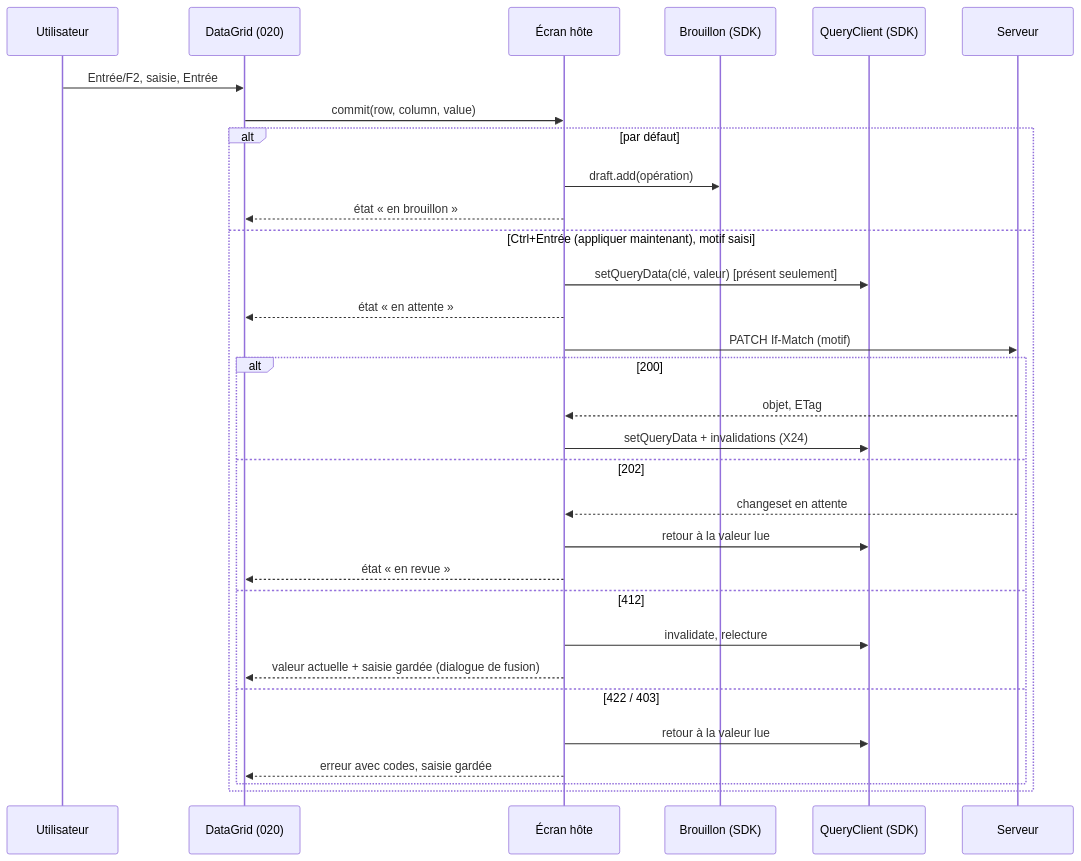
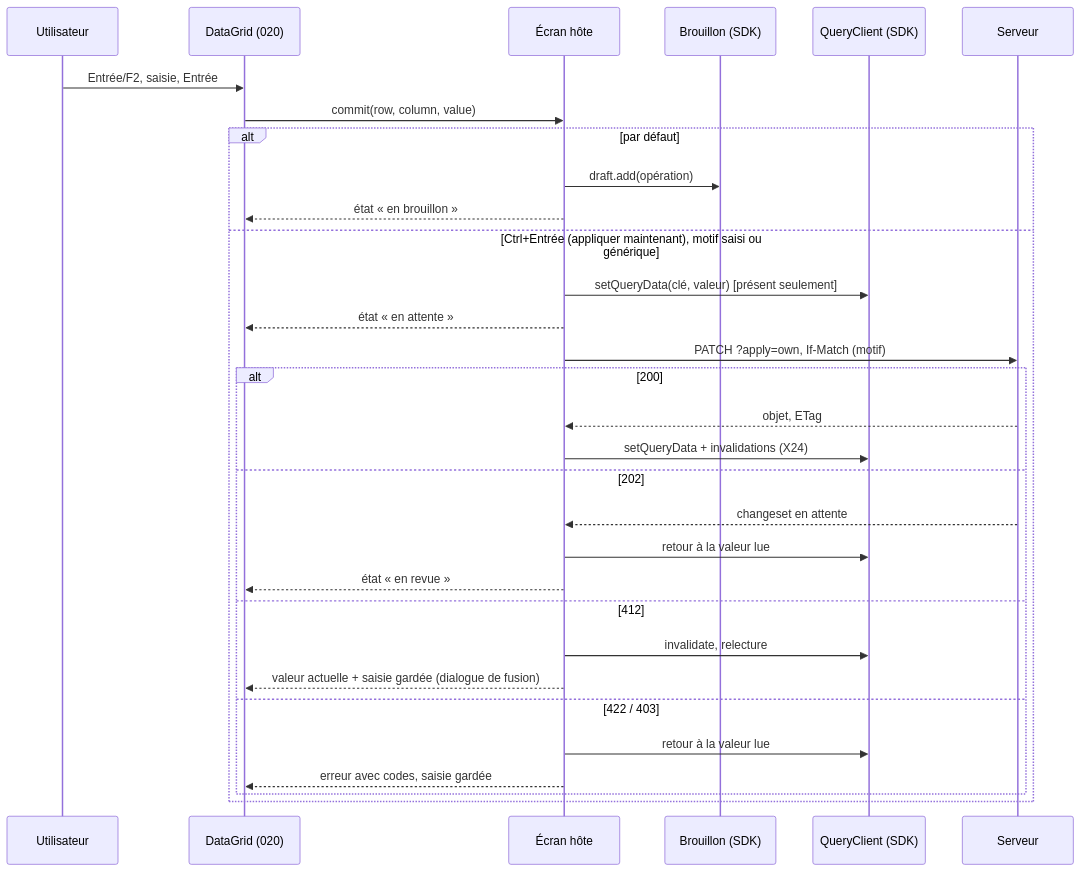
The second of 2 diagrams in specs/021-shell-v2/design.md (Cavernum/kartenn), drawn with Mermaid before and after one commit. The commit also changed other lines of this file and 8 other files, not shown here.

````diff
--- a/specs/021-shell-v2/design.md
+++ b/specs/021-shell-v2/design.md
@@ -244,33 +290,33 @@
 ```mermaid
 sequenceDiagram
   participant U as Utilisateur
   participant G as DataGrid (020)
   participant H as Écran hôte
   participant D as Brouillon (SDK)
   participant Q as QueryClient (SDK)
   participant S as Serveur
   U->>G: Entrée/F2, saisie, Entrée
   G->>H: commit(row, column, value)
   alt par défaut
     H->>D: draft.add(opération)
     H-->>G: état « en brouillon »
-  else Ctrl+Entrée (appliquer maintenant), motif saisi
+  else Ctrl+Entrée (appliquer maintenant), motif saisi ou générique
     H->>Q: setQueryData(clé, valeur) [présent seulement]
     H-->>G: état « en attente »
-    H->>S: PATCH If-Match (motif)
+    H->>S: PATCH ?apply=own, If-Match (motif)
     alt 200
       S-->>H: objet, ETag
       H->>Q: setQueryData + invalidations (X24)
     else 202
       S-->>H: changeset en attente
       H->>Q: retour à la valeur lue
       H-->>G: état « en revue »
     else 412
       H->>Q: invalidate, relecture
       H-->>G: valeur actuelle + saisie gardée (dialogue de fusion)
     else 422 / 403
       H->>Q: retour à la valeur lue
       H-->>G: erreur avec codes, saisie gardée
     end
   end
 ```
````
